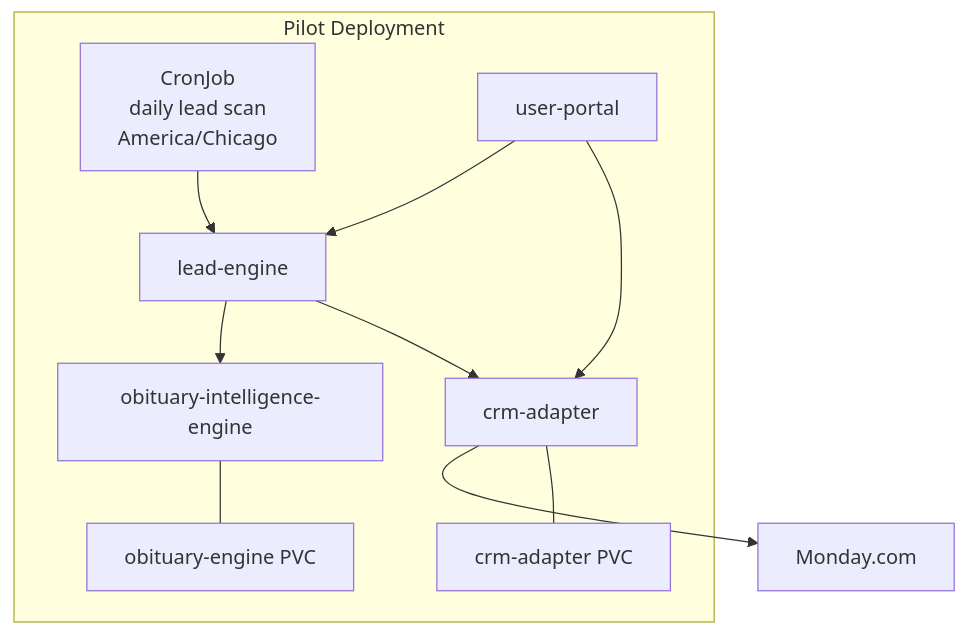
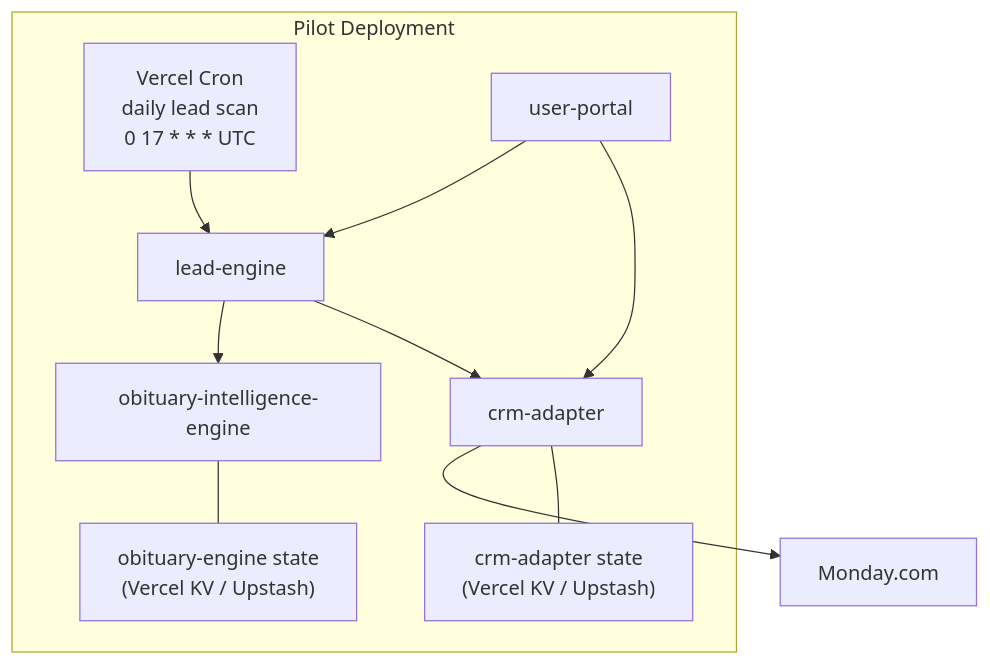
Before and after one commit to nice-and-precise/lli-saas: the third of 3 diagrams in docs/system-architecture.md, drawn with Mermaid. The commit also changed other lines of this file and 24 other files, not shown here.

````diff
--- a/docs/system-architecture.md
+++ b/docs/system-architecture.md
@@ -45,21 +50,21 @@
 ```mermaid
 flowchart TB
     subgraph Runtime["Pilot Deployment"]
-      Cron["CronJob<br/>daily lead scan<br/>America/Chicago"]
+      Cron["Vercel Cron<br/>daily lead scan<br/>0 17 * * * UTC"]
       LE["lead-engine"]
       OE["obituary-intelligence-engine"]
       CA["crm-adapter"]
       UP["user-portal"]
-      CAPVC["crm-adapter PVC"]
-      OEPVC["obituary-engine PVC"]
+      CAKV["crm-adapter state<br/>(Vercel KV / Upstash)"]
+      OEKV["obituary-engine state<br/>(Vercel KV / Upstash)"]
     end
 
     Cron --> LE
     UP --> LE
     UP --> CA
     LE --> OE
     LE --> CA
     CA --> Monday["Monday.com"]
-    CA --- CAPVC
-    OE --- OEPVC
+    CA --- CAKV
+    OE --- OEKV
 ```
````
